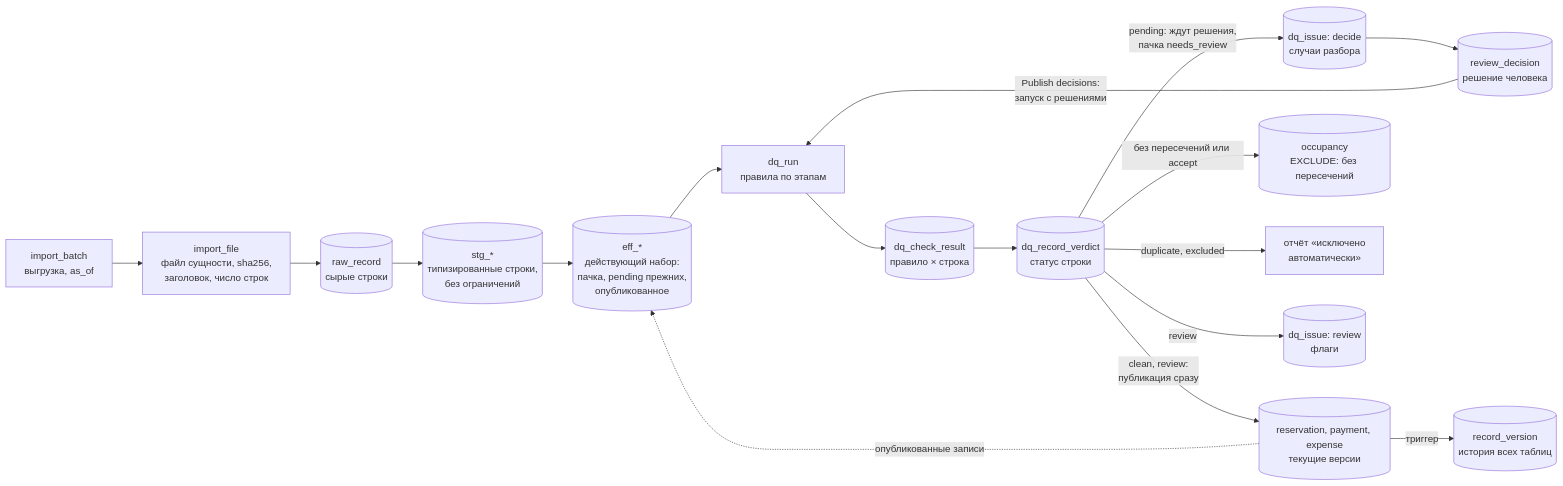
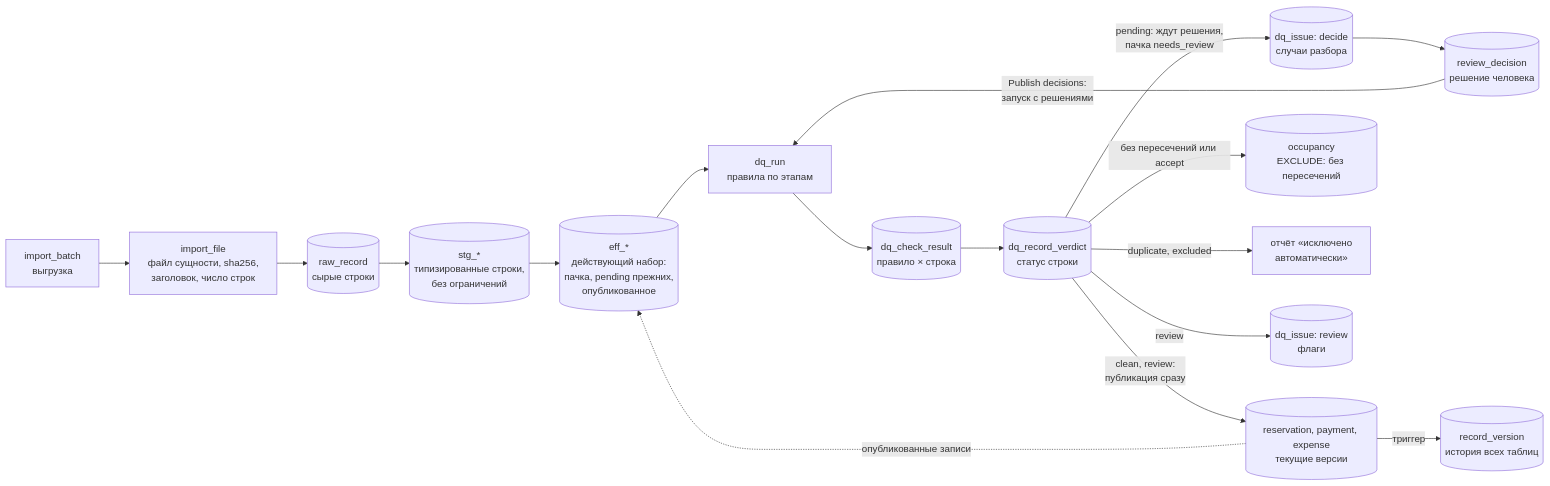
One commit to ProjectINT/business-system changed the diagram in docs/VALIDATION_PLAN.md. Above: the diagram before and after it, drawn with Mermaid. The commit also changed other lines of this file and 65 other files, not shown here.

````diff
--- a/docs/VALIDATION_PLAN.md
+++ b/docs/VALIDATION_PLAN.md
@@ -23,19 +23,19 @@
 ```mermaid
 flowchart LR
-  B["import_batch<br/>выгрузка, as_of"] --> F["import_file<br/>файл сущности, sha256,<br/>заголовок, число строк"]
+  B["import_batch<br/>выгрузка"] --> F["import_file<br/>файл сущности, sha256,<br/>заголовок, число строк"]
   F --> RAW[("raw_record<br/>сырые строки")]
   RAW --> STG[("stg_*<br/>типизированные строки,<br/>без ограничений")]
   STG --> EFF[("eff_*<br/>действующий набор:<br/>пачка, pending прежних,<br/>опубликованное")]
   CORE -.->|"опубликованные записи"| EFF
   EFF --> RUN["dq_run<br/>правила по этапам"]
   RUN --> LOG[("dq_check_result<br/>правило × строка")]
   LOG --> VER[("dq_record_verdict<br/>статус строки")]
   VER -->|"pending: ждут решения,<br/>пачка needs_review"| CASE[("dq_issue: decide<br/>случаи разбора")]
   CASE --> DEC[("review_decision<br/>решение человека")]
   DEC -->|"Publish decisions:<br/>запуск с решениями"| RUN
   VER -->|"clean, review:<br/>публикация сразу"| CORE[("reservation, payment, expense<br/>текущие версии")]
   CORE -->|"триггер"| HIST[("record_version<br/>история всех таблиц")]
   VER -->|"без пересечений или accept"| OCC[("occupancy<br/>EXCLUDE: без пересечений")]
   VER -->|"duplicate, excluded"| AUTO["отчёт «исключено<br/>автоматически»"]
   VER -->|"review"| ISS[("dq_issue: review<br/>флаги")]
 ```
````
